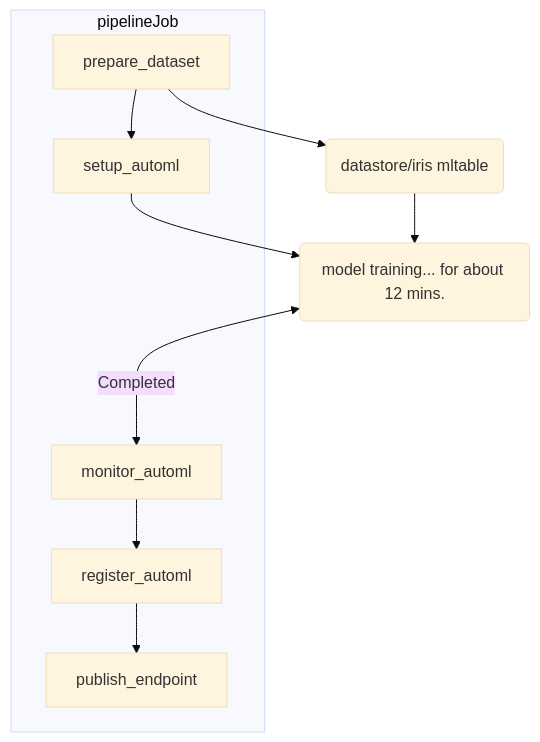
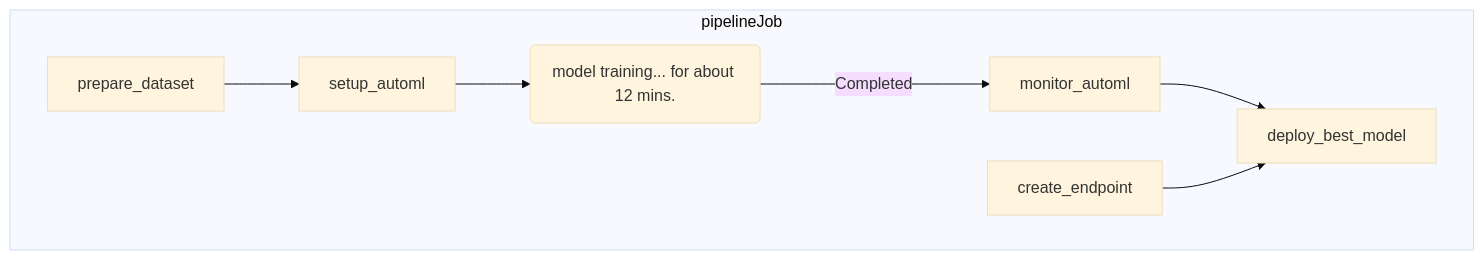
One commit to CynicDog/Azure-ML-automation-research changed the second of 2 diagrams in README.md. Above: the diagram before and after it, drawn with Mermaid (base theme).

````diff
--- a/README.md
+++ b/README.md
@@ -56,21 +56,17 @@
 ```mermaid
 flowchart TD
     subgraph pipelineJob
         A[prepare_dataset]
         B[setup_automl]
         C[monitor_automl]
-        D[register_automl] 
-        E[publish_endpoint]
+        D[create_endpoint] 
+        E[deploy_best_model]
+        G(model training... for about 12 mins.) 
     end 
-
-    F(datastore/iris mltable)
-    G(model training... for about 12 mins.) 
     
     A --> B 
-    C --> D 
+    C --> E 
     D --> E 
-    A --> F 
-    B --> G     
-    G <--Completed---> C
-    F --> G
+    B -->      
+    G --Completed---> C
 ```
````
